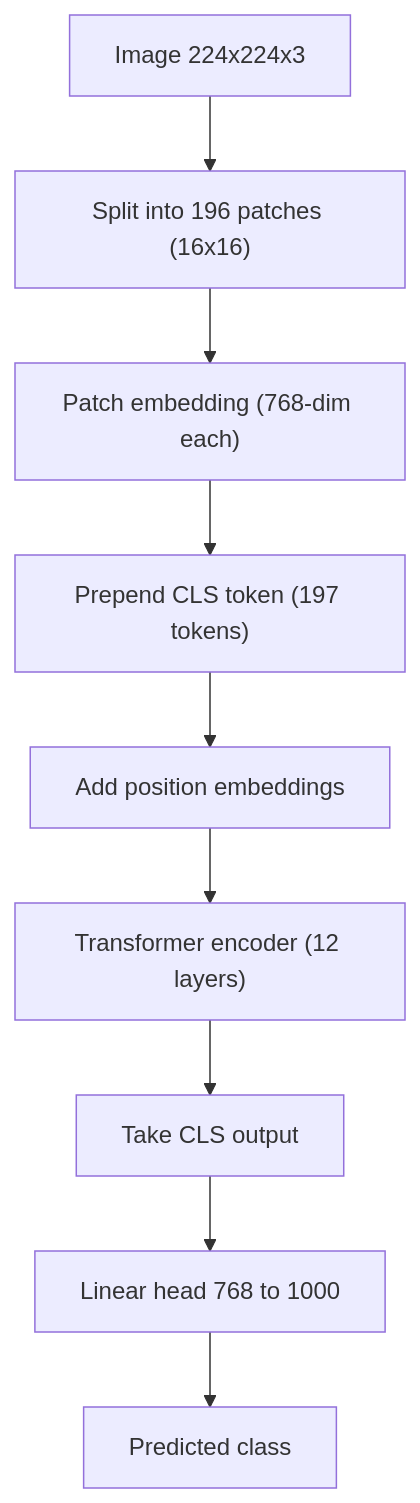
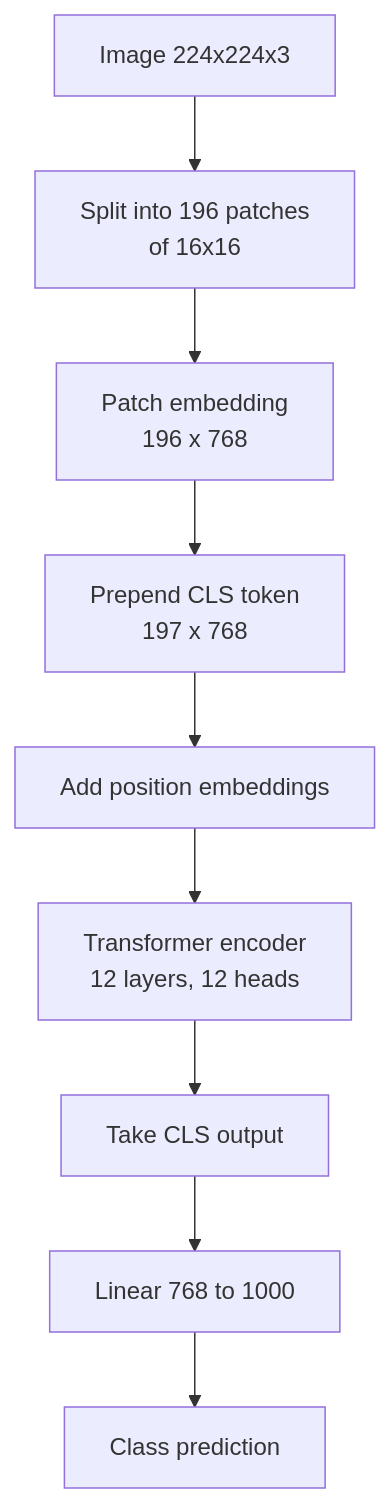
One commit to kaisarnajar/outcome-school-blogs changed the first of 2 diagrams in notes/step-15-multimodal-ai-and-generative-models/174-decoding-vision-transformer-vit.md. Above: the diagram before and after it, drawn with Mermaid. The commit also changed other lines of this file and 233 other files, not shown here.

````diff
--- a/notes/step-15-multimodal-ai-and-generative-models/174-decoding-vision-transformer-vit.md
+++ b/notes/step-15-multimodal-ai-and-generative-models/174-decoding-vision-transformer-vit.md
@@ -39,11 +51,11 @@
 ```mermaid
 flowchart TD
-    A["Image 224x224x3"] --> B["Split into 196 patches (16x16)"]
-    B --> C["Patch embedding (768-dim each)"]
-    C --> D["Prepend CLS token (197 tokens)"]
-    D --> E["Add position embeddings"]
-    E --> F["Transformer encoder (12 layers)"]
-    F --> G["Take CLS output"]
-    G --> H["Linear head 768 to 1000"]
-    H --> I["Predicted class"]
+    I1["Image 224x224x3"] --> P1["Split into 196 patches<br/>of 16x16"]
+    P1 --> E1["Patch embedding<br/>196 x 768"]
+    E1 --> C1["Prepend CLS token<br/>197 x 768"]
+    C1 --> PE["Add position embeddings"]
+    PE --> T1["Transformer encoder<br/>12 layers, 12 heads"]
+    T1 --> X1["Take CLS output"]
+    X1 --> H1["Linear 768 to 1000"]
+    H1 --> O1["Class prediction"]
 ```
````
